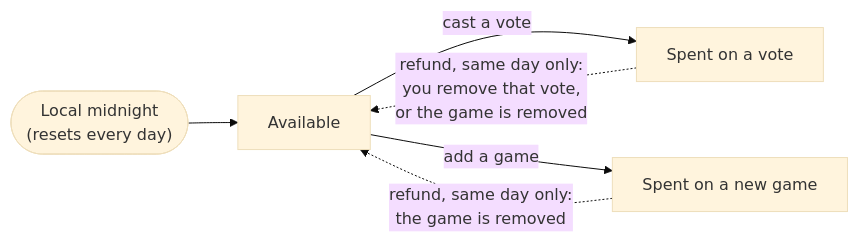
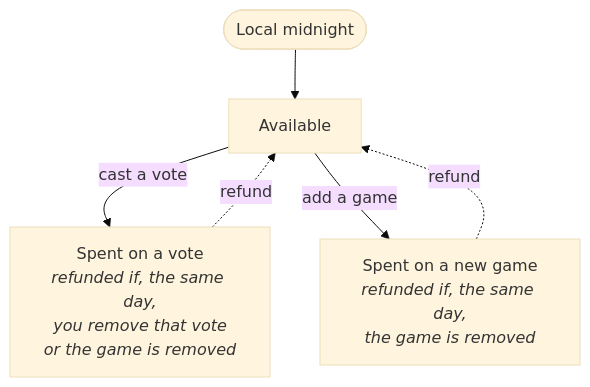
Before and after one commit to webanoid/gamevote: the first of 2 diagrams in docs/daily-rule.md, drawn with Mermaid (base theme).

Commit message:
Fix clipped labels in daily rule diagram (#9)

````diff
--- a/docs/daily-rule.md
+++ b/docs/daily-rule.md
@@ -12,8 +12,8 @@
 ```mermaid
-flowchart LR
-    mid(["Local midnight<br/>(resets every day)"]) --> avail["Available"]
-    avail -- "cast a vote" --> vote["Spent on a vote"]
-    avail -- "add a game" --> add["Spent on a new game"]
-    vote -. "refund, same day only:<br/>you remove that vote,<br/>or the game is removed" .-> avail
-    add -. "refund, same day only:<br/>the game is removed" .-> avail
+flowchart TB
+    mid(["Local midnight"]) --> avail["Available"]
+    avail -- "cast a vote" --> vote["Spent on a vote<br/><i>refunded if, the same day,<br/>you remove that vote<br/>or the game is removed</i>"]
+    avail -- "add a game" --> add["Spent on a new game<br/><i>refunded if, the same day,<br/>the game is removed</i>"]
+    vote -. "refund" .-> avail
+    add -. "refund" .-> avail
 ```
````
